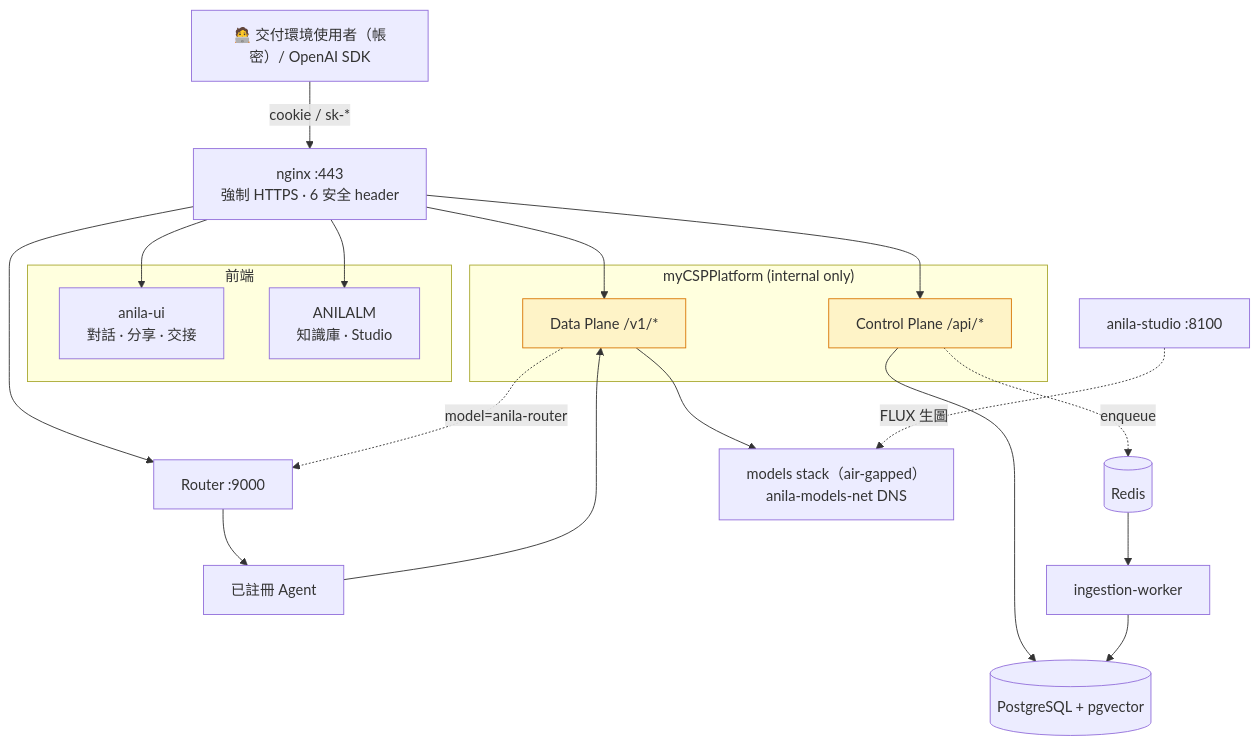
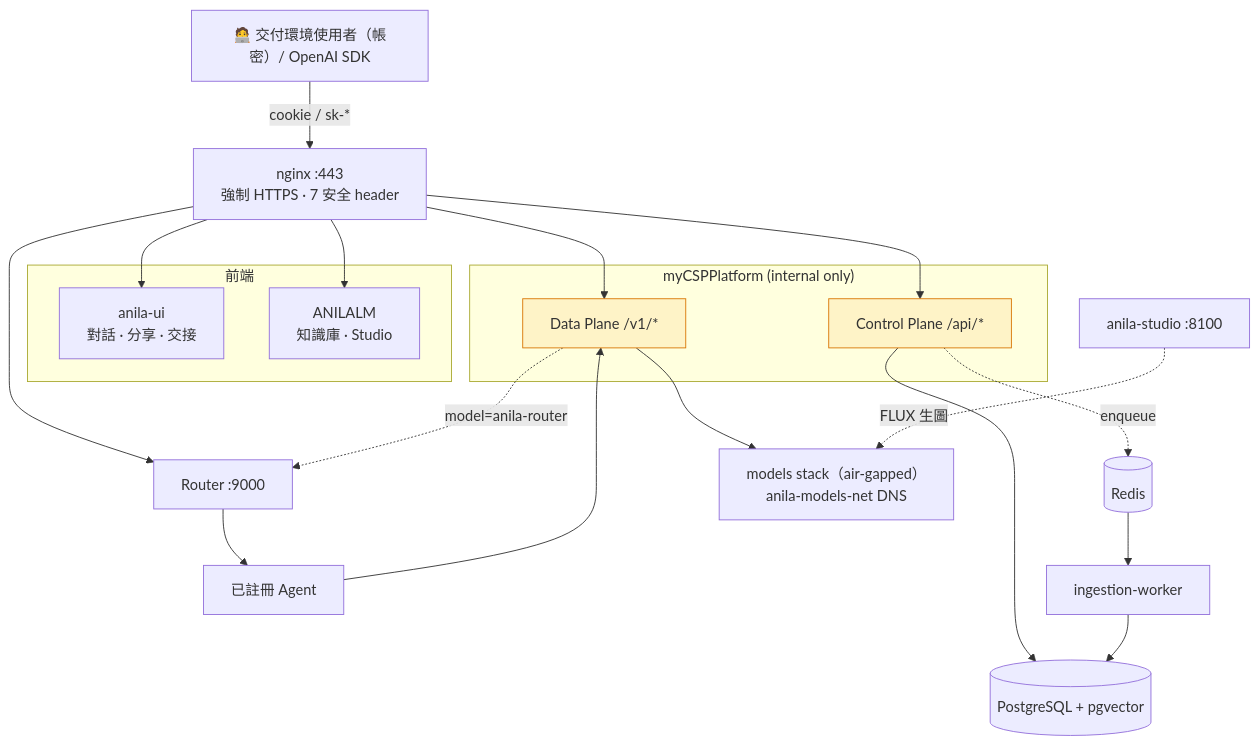
The diagram in README.md (zzw09773/ANILA), drawn with Mermaid before and after one commit. The commit also changed other lines of this file and 29 other files, not shown here.

````diff
--- a/README.md
+++ b/README.md
@@ -58,33 +61,33 @@
 ```mermaid
 flowchart TB
     users["🧑‍💻 交付環境使用者（帳密）/ OpenAI SDK"]
-    nginx["nginx :443<br/>強制 HTTPS · 6 安全 header"]
+    nginx["nginx :443<br/>強制 HTTPS · 7 安全 header"]
 
     subgraph spas["前端"]
         anila_ui["anila-ui<br/>對話 · 分享 · 交接"]
         anilalm["ANILALM<br/>知識庫 · Studio"]
     end
 
     subgraph csp["myCSPPlatform (internal only)"]
         csp_ctrl["Control Plane /api/*"]
         csp_data["Data Plane /v1/*"]
     end
 
     studio["anila-studio :8100"]
     router_core["Router :9000"]
     agents["已註冊 Agent"]
     redis[("Redis")]
     worker["ingestion-worker"]
     llm["models stack（air-gapped）<br/>anila-models-net DNS"]
     db[("PostgreSQL + pgvector")]
 
     users -->|cookie / sk-*| nginx --> anila_ui & anilalm & csp_ctrl & csp_data & router_core
     csp_data -.->|model=anila-router| router_core --> agents --> csp_data
     csp_ctrl --> db
     csp_data --> llm
     csp_ctrl -.->|enqueue| redis --> worker --> db
     studio -.->|FLUX 生圖| llm
 
     classDef plane fill:#fef3c7,stroke:#d97706
     class csp_ctrl,csp_data plane
 ```
````
